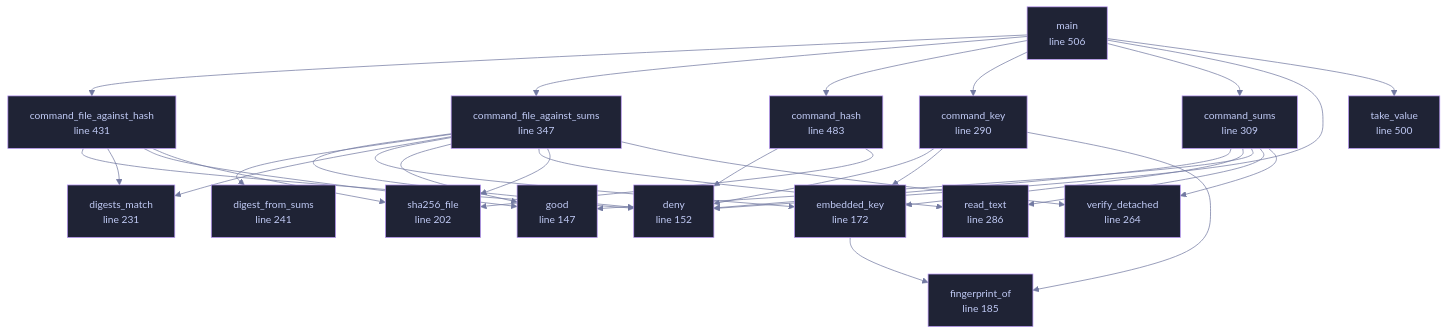
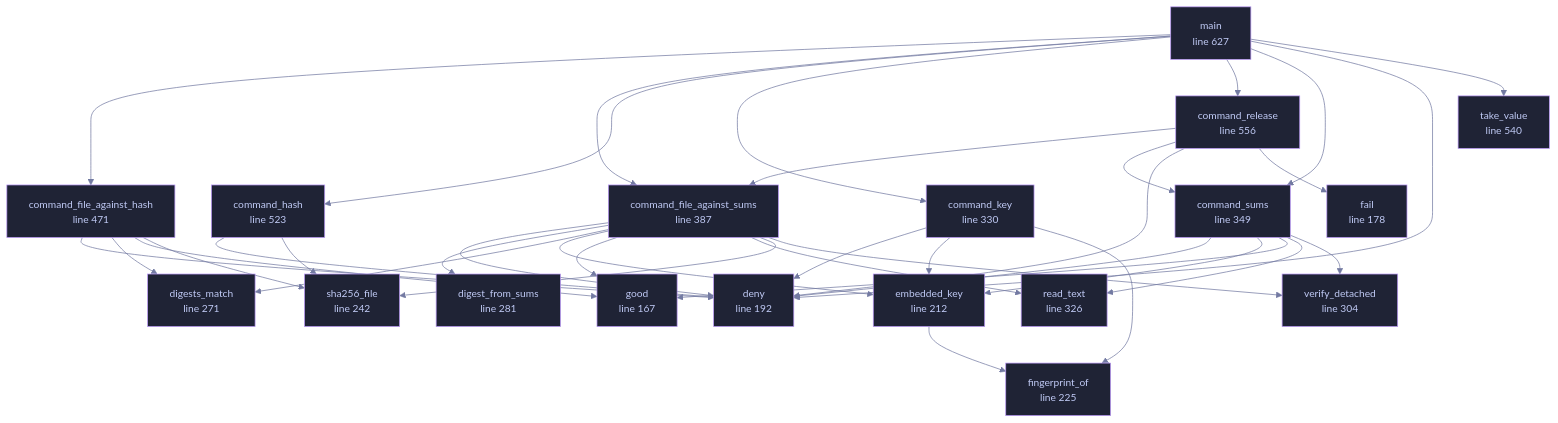
One commit to tilas01/veilvoice changed the diagram in docs/files/veilvoice-verify/main.md. Above: the diagram before and after it, drawn with Mermaid. The commit also changed other lines of this file and 16 other files, not shown here.

````diff
--- a/docs/files/veilvoice-verify/main.md
+++ b/docs/files/veilvoice-verify/main.md
@@ -78,52 +78,59 @@
 ```mermaid
 %%{init: {"theme":"base","themeVariables":{"background":"#1a1b26","primaryColor":"#1f2335","primaryTextColor":"#c0caf5","primaryBorderColor":"#7aa2f7","secondaryColor":"#16161e","tertiaryColor":"#16161e","lineColor":"#737aa2","textColor":"#c0caf5","mainBkg":"#1f2335","nodeBorder":"#7aa2f7","clusterBkg":"#16161e","clusterBorder":"#2f3549","fontFamily":"ui-monospace, SFMono-Regular, Consolas, monospace","fontSize":"14px"}}}%%
 flowchart TD
-    n_good["good<br/>line 147"]
-    n_deny["deny<br/>line 152"]
-    n_embedded_key["embedded_key<br/>line 172"]
-    n_fingerprint_of["fingerprint_of<br/>line 185"]
-    n_sha256_file["sha256_file<br/>line 202"]
-    n_digests_match["digests_match<br/>line 231"]
-    n_digest_from_sums["digest_from_sums<br/>line 241"]
-    n_verify_detached["verify_detached<br/>line 264"]
-    n_read_text["read_text<br/>line 286"]
-    n_command_key["command_key<br/>line 290"]
-    n_command_sums["command_sums<br/>line 309"]
-    n_command_file_against_sums["command_file_against_sums<br/>line 347"]
-    n_command_file_against_hash["command_file_against_hash<br/>line 431"]
-    n_command_hash["command_hash<br/>line 483"]
-    n_take_value["take_value<br/>line 500"]
-    n_main["main<br/>line 506"]
+    n_good["good<br/>line 167"]
+    n_fail["fail<br/>line 178"]
+    n_deny["deny<br/>line 192"]
+    n_embedded_key["embedded_key<br/>line 212"]
+    n_fingerprint_of["fingerprint_of<br/>line 225"]
+    n_sha256_file["sha256_file<br/>line 242"]
+    n_digests_match["digests_match<br/>line 271"]
+    n_digest_from_sums["digest_from_sums<br/>line 281"]
+    n_verify_detached["verify_detached<br/>line 304"]
+    n_read_text["read_text<br/>line 326"]
+    n_command_key["command_key<br/>line 330"]
+    n_command_sums["command_sums<br/>line 349"]
+    n_command_file_against_sums["command_file_against_sums<br/>line 387"]
+    n_command_file_against_hash["command_file_against_hash<br/>line 471"]
+    n_command_hash["command_hash<br/>line 523"]
+    n_take_value["take_value<br/>line 540"]
+    n_command_release["command_release<br/>line 556"]
+    n_main["main<br/>line 627"]
     n_command_file_against_hash --> n_deny
     n_command_file_against_hash --> n_digests_match
     n_command_file_against_hash --> n_good
     n_command_file_against_hash --> n_sha256_file
     n_command_file_against_sums --> n_deny
     n_command_file_against_sums --> n_digest_from_sums
     n_command_file_against_sums --> n_digests_match
     n_command_file_against_sums --> n_embedded_key
     n_command_file_against_sums --> n_good
     n_command_file_against_sums --> n_read_text
     n_command_file_against_sums --> n_sha256_file
     n_command_file_against_sums --> n_verify_detached
     n_command_hash --> n_deny
     n_command_hash --> n_sha256_file
     n_command_key --> n_deny
     n_command_key --> n_embedded_key
     n_command_key --> n_fingerprint_of
+    n_command_release --> n_command_file_against_sums
+    n_command_release --> n_command_sums
+    n_command_release --> n_deny
+    n_command_release --> n_fail
     n_command_sums --> n_deny
     n_command_sums --> n_embedded_key
     n_command_sums --> n_good
     n_command_sums --> n_read_text
     n_command_sums --> n_verify_detached
     n_embedded_key --> n_fingerprint_of
     n_main --> n_command_file_against_hash
     n_main --> n_command_file_against_sums
     n_main --> n_command_hash
     n_main --> n_command_key
+    n_main --> n_command_release
     n_main --> n_command_sums
     n_main --> n_deny
     n_main --> n_take_value
     classDef helper fill:#1f2335,stroke:#bb9af7,color:#c0caf5
-    class n_good,n_deny,n_embedded_key,n_fingerprint_of,n_sha256_file,n_digests_match,n_digest_from_sums,n_verify_detached,n_read_text,n_command_key,n_command_sums,n_command_file_against_sums,n_command_file_against_hash,n_command_hash,n_take_value,n_main helper
+    class n_good,n_fail,n_deny,n_embedded_key,n_fingerprint_of,n_sha256_file,n_digests_match,n_digest_from_sums,n_verify_detached,n_read_text,n_command_key,n_command_sums,n_command_file_against_sums,n_command_file_against_hash,n_command_hash,n_take_value,n_command_release,n_main helper
 ```
````
